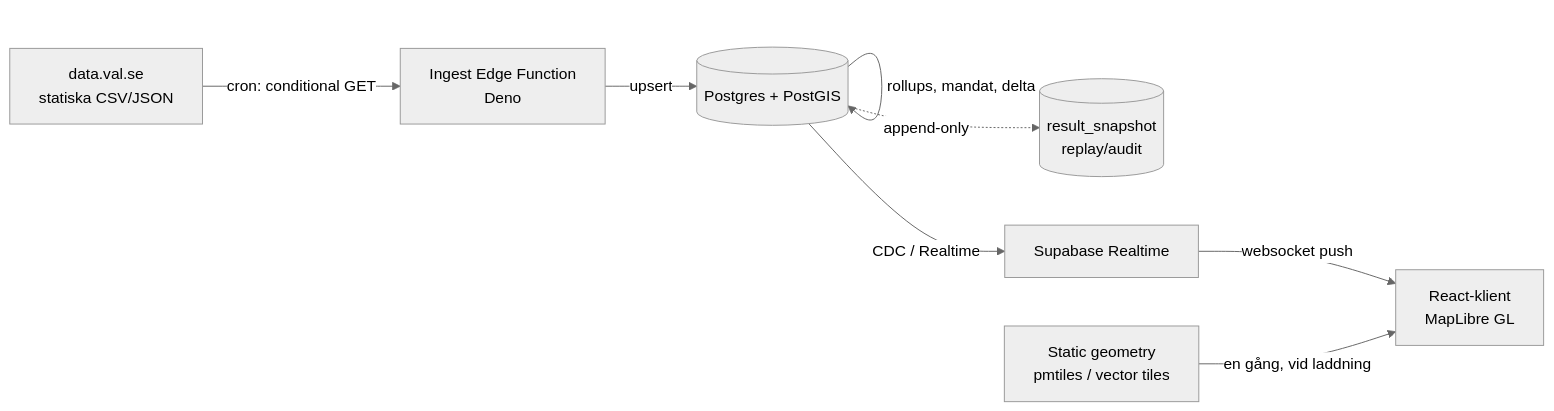
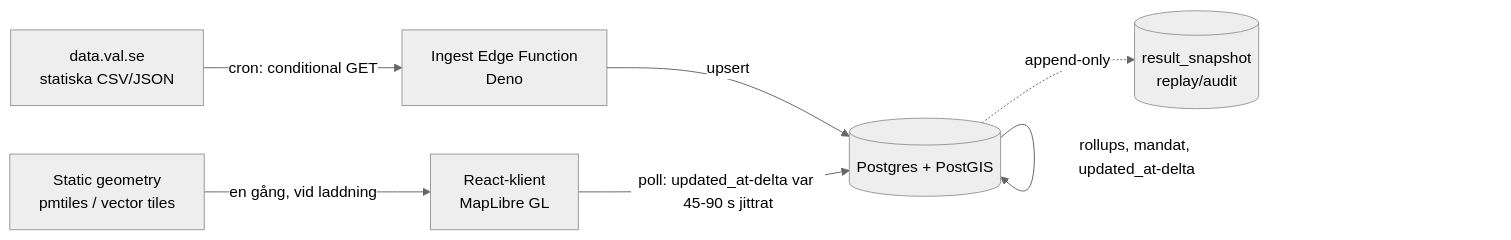
Before and after one commit to lama77se/valvaka-2026: the diagram in docs/arkitektur.md, drawn with Mermaid (neutral theme). The commit also changed other lines of this file and 3 other files, not shown here.

````diff
--- a/docs/arkitektur.md
+++ b/docs/arkitektur.md
@@ -143,10 +152,9 @@
 ```mermaid
 flowchart LR
     A[data.val.se\nstatiska CSV/JSON] -->|cron: conditional GET| B[Ingest Edge Function\nDeno]
     B -->|upsert| C[(Postgres + PostGIS)]
-    C -->|rollups, mandat, delta| C
-    C -->|CDC / Realtime| D[Supabase Realtime]
-    D -->|websocket push| E[React-klient\nMapLibre GL]
+    C -->|rollups, mandat, updated_at-delta| C
+    E[React-klient\nMapLibre GL] -->|poll: updated_at-delta var 45-90 s jittrat| C
     F[Static geometry\npmtiles / vector tiles] -->|en gång, vid laddning| E
     C -.->|append-only| G[(result_snapshot\nreplay/audit)]
 ```
````
